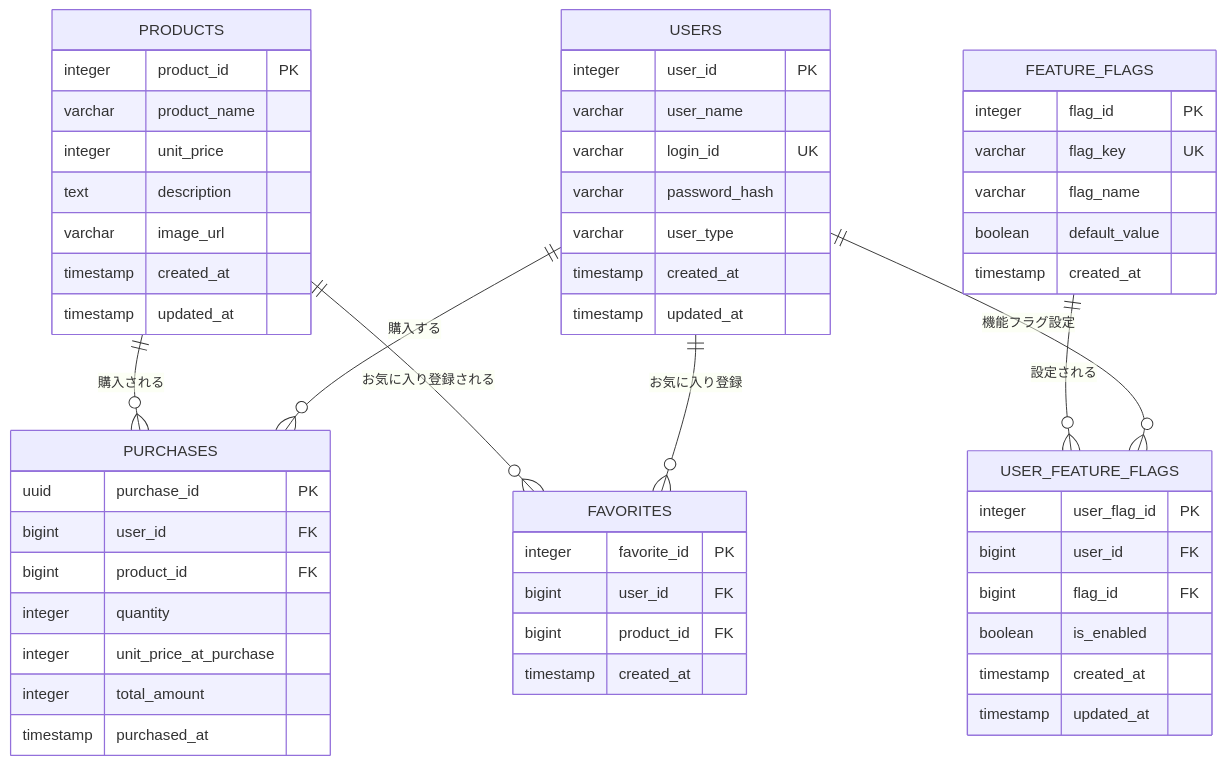
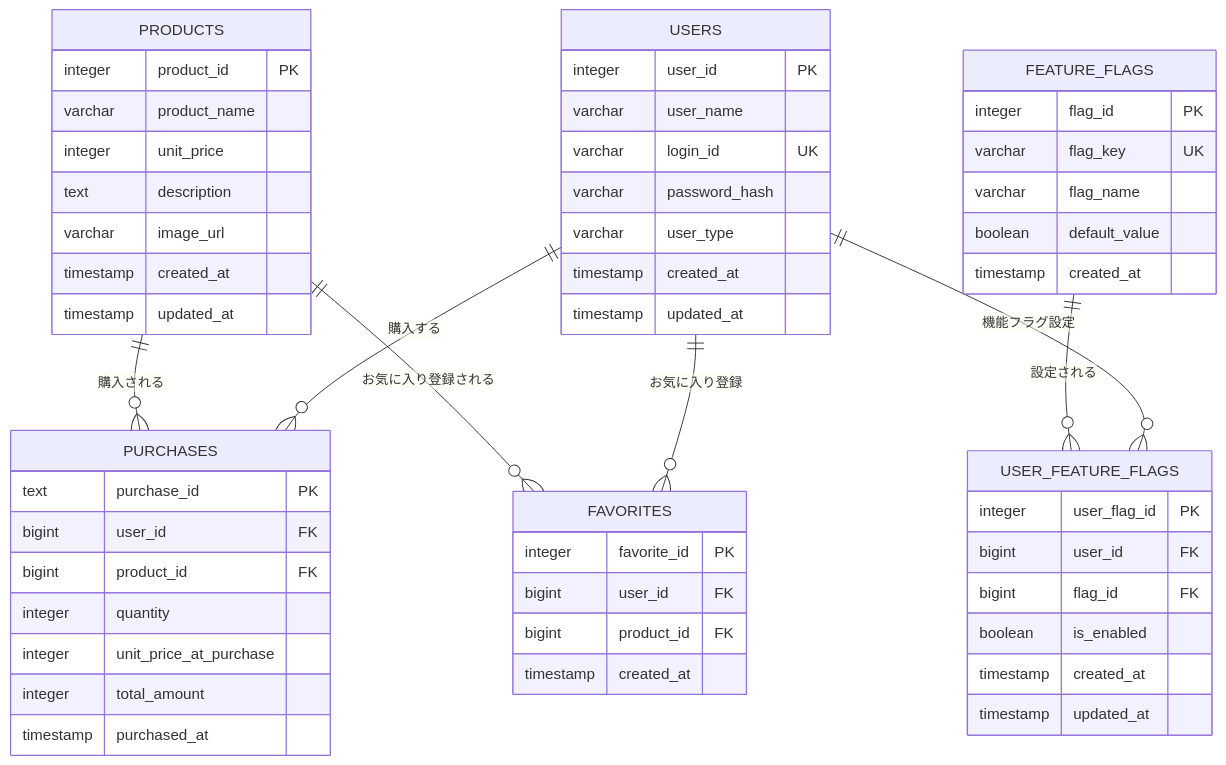
Before and after one commit to Takas0522/ws-demo-mobile-app: the second of 4 diagrams in docs/architecture/03-data-architecture.md, drawn with Mermaid. The commit also changed 14 other files, not shown here.

````diff
--- a/docs/architecture/03-data-architecture.md
+++ b/docs/architecture/03-data-architecture.md
@@ -83,63 +83,63 @@
 ```mermaid
 erDiagram
     USERS ||--o{ PURCHASES : "購入する"
     USERS ||--o{ FAVORITES : "お気に入り登録"
     USERS ||--o{ USER_FEATURE_FLAGS : "機能フラグ設定"
     PRODUCTS ||--o{ PURCHASES : "購入される"
     PRODUCTS ||--o{ FAVORITES : "お気に入り登録される"
     FEATURE_FLAGS ||--o{ USER_FEATURE_FLAGS : "設定される"
     
     USERS {
         integer user_id PK
         varchar user_name
         varchar login_id UK
         varchar password_hash
         varchar user_type
         timestamp created_at
         timestamp updated_at
     }
     
     PRODUCTS {
         integer product_id PK
         varchar product_name
         integer unit_price
         text description
         varchar image_url
         timestamp created_at
         timestamp updated_at
     }
     
     PURCHASES {
-        uuid purchase_id PK
+        text purchase_id PK
         bigint user_id FK
         bigint product_id FK
         integer quantity
         integer unit_price_at_purchase
         integer total_amount
         timestamp purchased_at
     }
     
     FAVORITES {
         integer favorite_id PK
         bigint user_id FK
         bigint product_id FK
         timestamp created_at
     }
     
     FEATURE_FLAGS {
         integer flag_id PK
         varchar flag_key UK
         varchar flag_name
         boolean default_value
         timestamp created_at
     }
     
     USER_FEATURE_FLAGS {
         integer user_flag_id PK
         bigint user_id FK
         bigint flag_id FK
         boolean is_enabled
         timestamp created_at
         timestamp updated_at
     }
 ```
````
